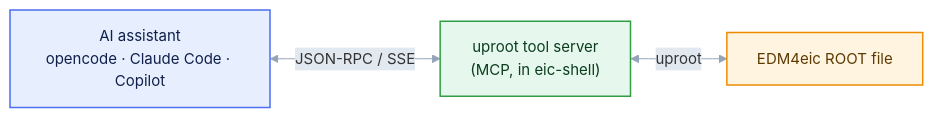
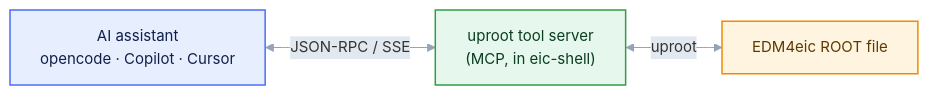
One commit to eic/tutorial-mcp changed the first of 2 diagrams in episodes/03-mcp-servers.md. Above: the diagram before and after it, drawn with Mermaid. The commit also changed other lines of this file and 4 other files, not shown here.

First line of the commit message:
Scrub Claude from the lesson; use Copilot/Cursor as the bridge example

````diff
--- a/episodes/03-mcp-servers.md
+++ b/episodes/03-mcp-servers.md
@@ -72,10 +72,10 @@
 ```mermaid
 %%{init: {'theme':'base', 'themeVariables': {'fontSize':'15px','lineColor':'#94a3b8','edgeLabelBackground':'#e2e8f0','clusterBkg':'#1f293720','clusterBorder':'#94a3b8','titleColor':'#94a3b8'}}}%%
 flowchart LR
     accTitle: EIC MCP data tools
-    A["AI assistant<br/>opencode · Claude Code · Copilot"]:::core <-->|"JSON-RPC / SSE"| S["uproot tool server<br/>(MCP, in eic-shell)"]:::tool
+    A["AI assistant<br/>opencode · Copilot · Cursor"]:::core <-->|"JSON-RPC / SSE"| S["uproot tool server<br/>(MCP, in eic-shell)"]:::tool
     S <-->|"uproot"| F["EDM4eic ROOT file"]:::data
     classDef core fill:#e7efff,stroke:#4c6ef5,stroke-width:1.5px,color:#10204a;
     classDef tool fill:#e6f7ed,stroke:#2f9e44,stroke-width:1.5px,color:#0b3d1f;
     classDef data fill:#fff4e0,stroke:#f08c00,stroke-width:1.5px,color:#5c3b00;
 ```
````
